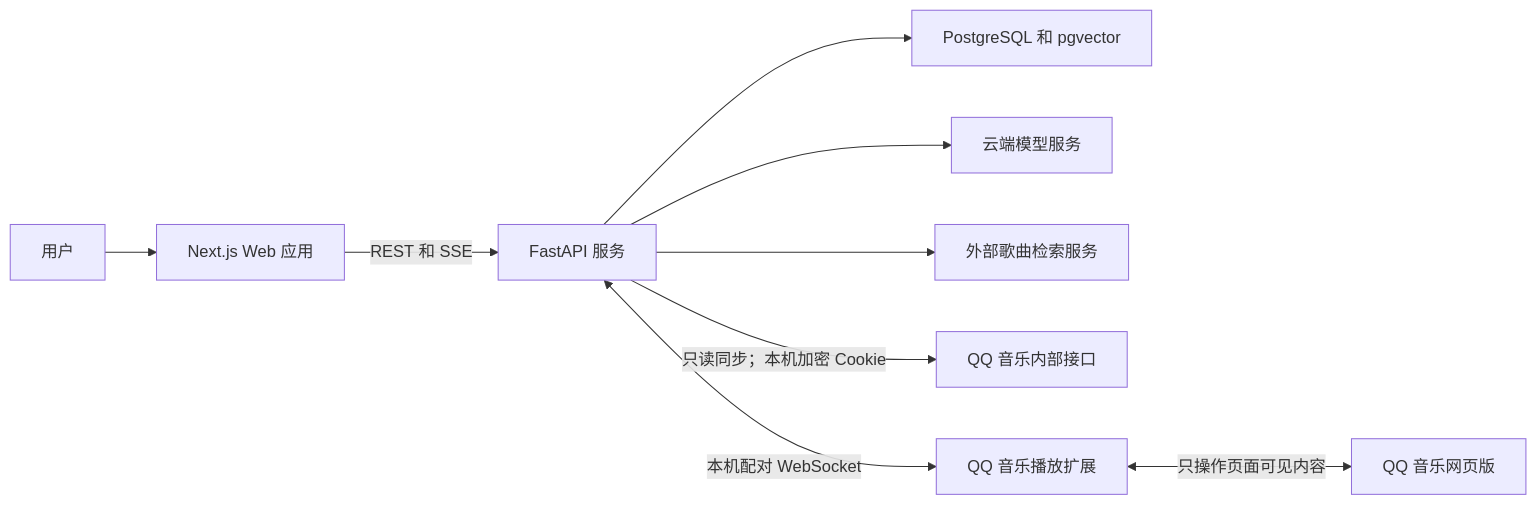
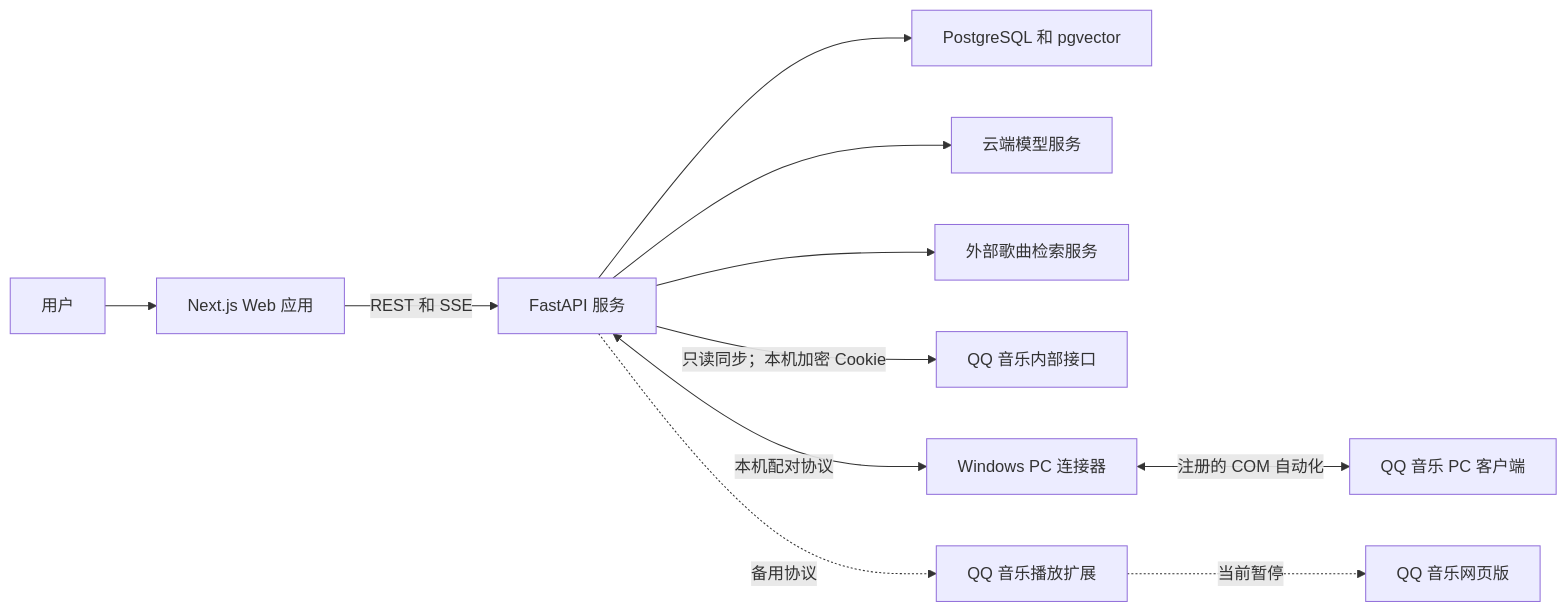
One commit to Chandler-h-blake/mood-music changed the diagram in README.md. Above: the diagram before and after it, drawn with Mermaid. The commit also changed other lines of this file and 18 other files, not shown here.

````diff
--- a/README.md
+++ b/README.md
@@ -71,11 +71,13 @@
 ```mermaid
 flowchart LR
     U["用户"] --> W["Next.js Web 应用"]
     W -->|"REST 和 SSE"| A["FastAPI 服务"]
     A --> D["PostgreSQL 和 pgvector"]
     A --> M["云端模型服务"]
     A --> S["外部歌曲检索服务"]
     A -->|"只读同步；本机加密 Cookie"| QAPI["QQ 音乐内部接口"]
-    A <-->|"本机配对 WebSocket"| E["QQ 音乐播放扩展"]
-    E <-->|"只操作页面可见内容"| Q["QQ 音乐网页版"]
+    A <-->|"本机配对协议"| P["Windows PC 连接器"]
+    P <-->|"注册的 COM 自动化"| QP["QQ 音乐 PC 客户端"]
+    A -.->|"备用协议"| E["QQ 音乐播放扩展"]
+    E -.->|"当前暂停"| Q["QQ 音乐网页版"]
 ```
````
